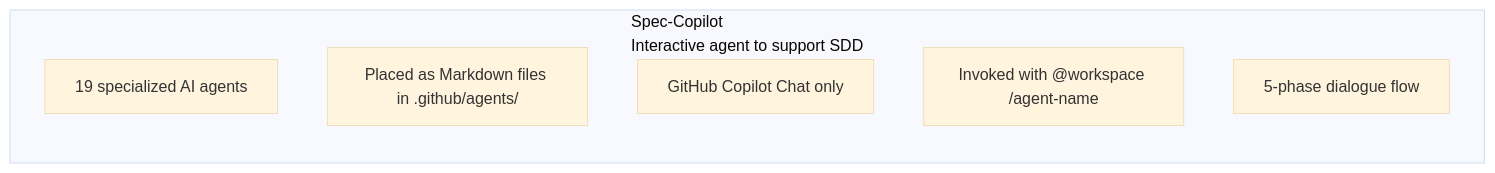
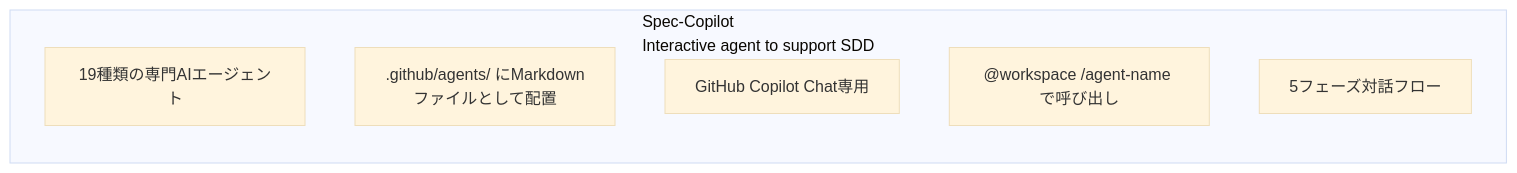
Before and after one commit to Improve-To-Grow/MUSUBI: the first of 8 diagrams in docs/Qiita/MUSUBI-Complete-Evolution-History.md, drawn with Mermaid (base theme). The commit also changed other lines of this file and 16 other files, not shown here.

````diff
--- a/docs/Qiita/MUSUBI-Complete-Evolution-History.md
+++ b/docs/Qiita/MUSUBI-Complete-Evolution-History.md
@@ -45,11 +45,11 @@
 ```mermaid
 flowchart TB
     subgraph SpecCopilot["Spec-Copilot<br/>Interactive agent to support SDD"]
         direction TB
-        F1["19 specialized AI agents"]
-        F2["Placed as Markdown files in .github/agents/"]
-        F3["GitHub Copilot Chat only"]
-        F4["Invoked with @workspace /agent-name"]
-        F5["5-phase dialogue flow"]
+        F1["19種類の専門AIエージェント"]
+        F2[".github/agents/ にMarkdownファイルとして配置"]
+        F3["GitHub Copilot Chat専用"]
+        F4["@workspace /agent-name で呼び出し"]
+        F5["5フェーズ対話フロー"]
     end
 ```
````
